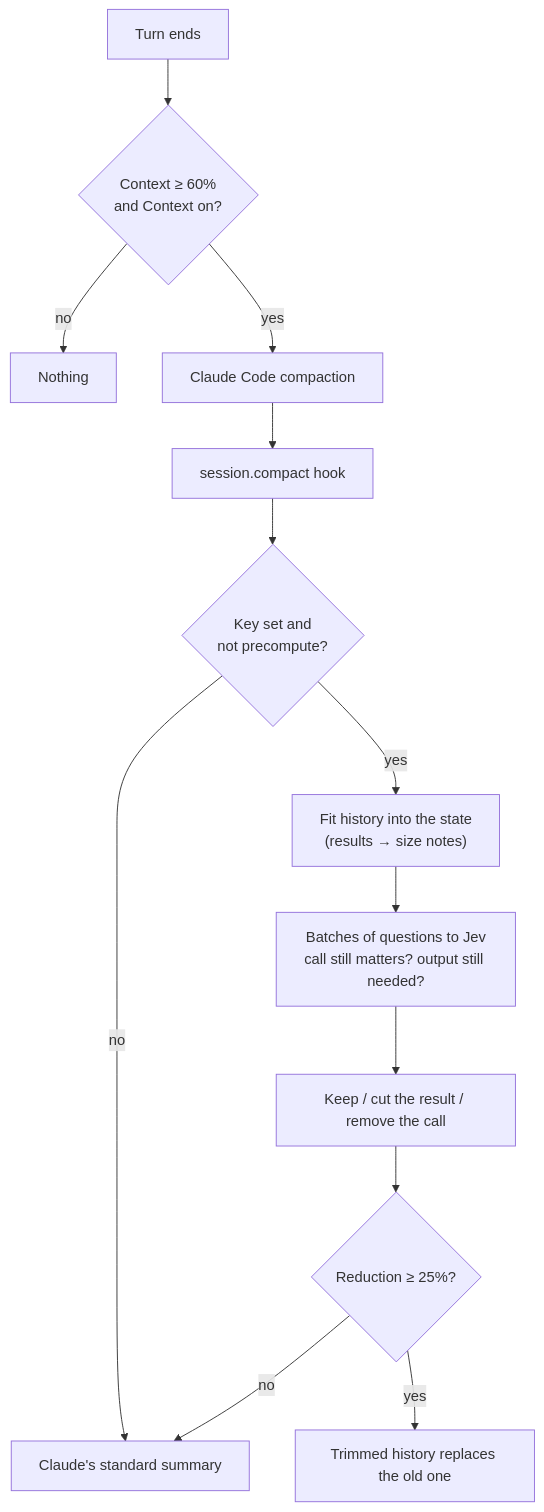
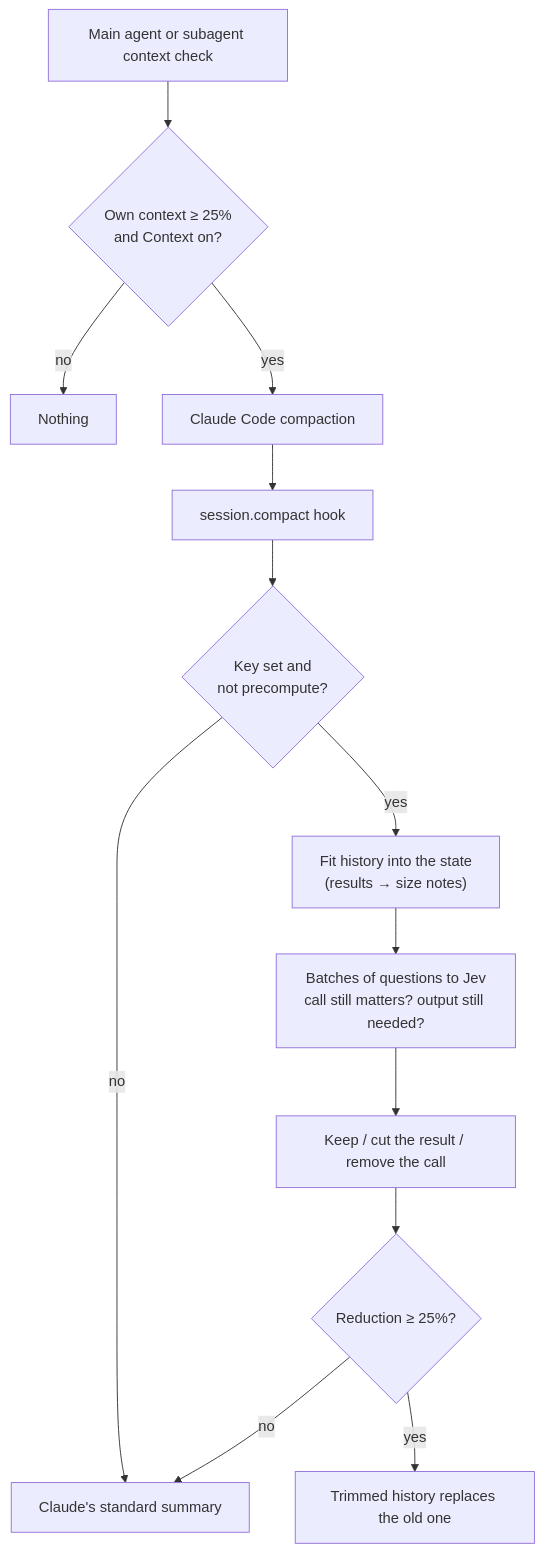
One commit to petersonPaloschi/pingo-mod changed the diagram in docs/core/context-compaction.md. Above: the diagram before and after it, drawn with Mermaid. The commit also changed other lines of this file and 10 other files, not shown here.

````diff
--- a/docs/core/context-compaction.md
+++ b/docs/core/context-compaction.md
@@ -47,15 +55,15 @@
 ```mermaid
 flowchart TD
-  T["Turn ends"] --> U{"Context ≥ 60%<br/>and Context on?"}
+  T["Main agent or subagent context check"] --> U{"Own context ≥ 25%<br/>and Context on?"}
   U -->|"no"| N["Nothing"]
   U -->|"yes"| C["Claude Code compaction"]
   C --> H["session.compact hook"]
   H --> K{"Key set and<br/>not precompute?"}
   K -->|"no"| S["Claude's standard summary"]
   K -->|"yes"| F["Fit history into the state<br/>(results → size notes)"]
   F --> B["Batches of questions to Jev<br/>call still matters? output still needed?"]
   B --> D["Keep / cut the result / remove the call"]
   D --> R{"Reduction ≥ 25%?"}
   R -->|"yes"| A["Trimmed history replaces the old one"]
   R -->|"no"| S
 ```
````
